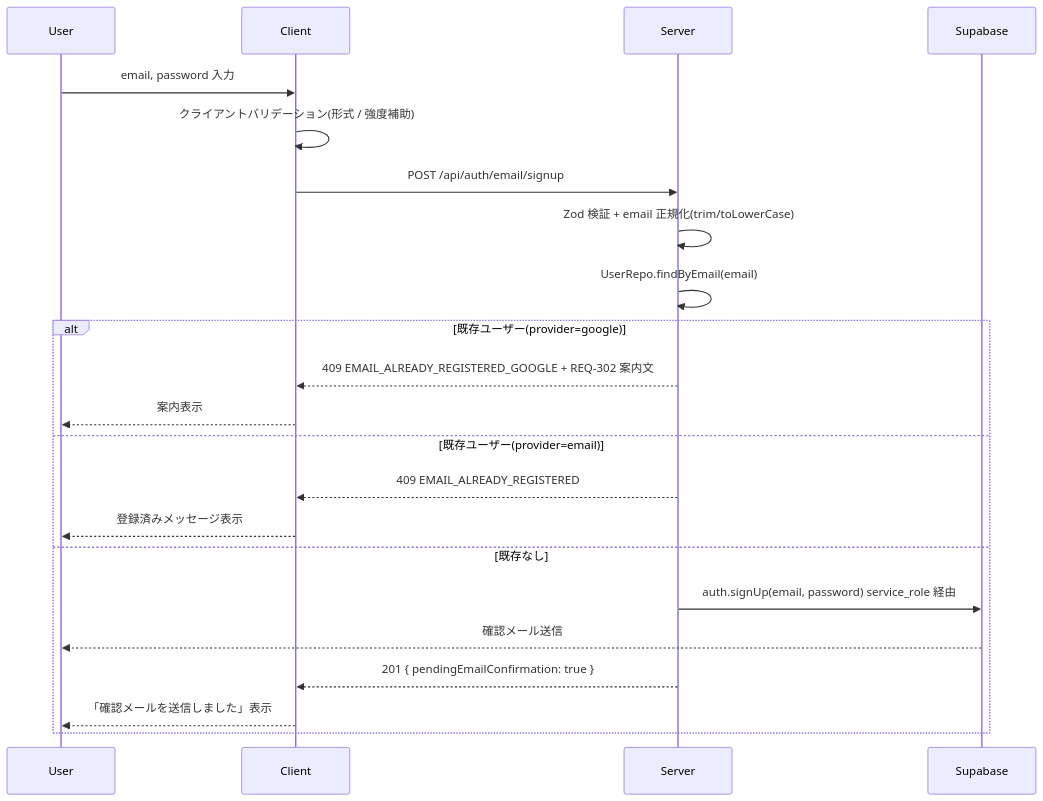
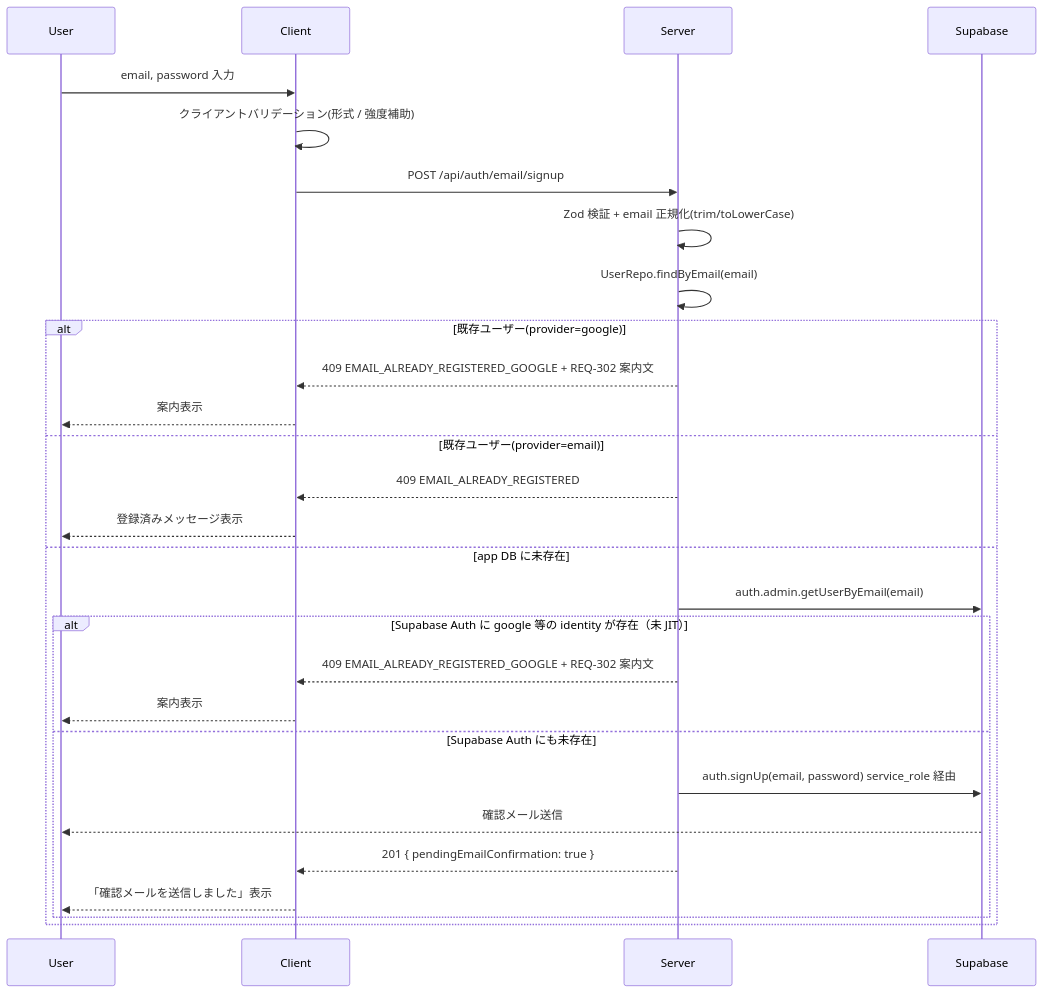
The second of 4 diagrams in tasks/HOXBL-94/technical/design.md (rimanem18/hoxt-backlog), drawn with Mermaid before and after one commit. The commit also changed other lines of this file and 2 other files, not shown here.

Commit message:
docs: identity linking ON 採用の判断を設計・計画に反映 HOXBL-94
- signup API の衝突チェックを app DB + Supabase Admin getUserByEmail の二段階構成に更新
- DCQ-02 を解消済みとして記録（設計・overview・phase2 の 3 箇所）
- phase2 の依存関係ブロッカー表記を解消済みに修正

````diff
--- a/tasks/HOXBL-94/technical/design.md
+++ b/tasks/HOXBL-94/technical/design.md
@@ -84,24 +85,30 @@
 ```mermaid
 sequenceDiagram
     participant U as User
     participant CL as Client
     participant SV as Server
     participant SB as Supabase
     U->>CL: email, password 入力
     CL->>CL: クライアントバリデーション(形式 / 強度補助)
     CL->>SV: POST /api/auth/email/signup
     SV->>SV: Zod 検証 + email 正規化(trim/toLowerCase)
     SV->>SV: UserRepo.findByEmail(email)
     alt 既存ユーザー(provider=google)
         SV-->>CL: 409 EMAIL_ALREADY_REGISTERED_GOOGLE + REQ-302 案内文
         CL-->>U: 案内表示
     else 既存ユーザー(provider=email)
         SV-->>CL: 409 EMAIL_ALREADY_REGISTERED
         CL-->>U: 登録済みメッセージ表示
-    else 既存なし
-        SV->>SB: auth.signUp(email, password)  service_role 経由
-        SB-->>U: 確認メール送信
-        SV-->>CL: 201 { pendingEmailConfirmation: true }
-        CL-->>U: 「確認メールを送信しました」表示
+    else app DB に未存在
+        SV->>SB: auth.admin.getUserByEmail(email)
+        alt Supabase Auth に google 等の identity が存在（未 JIT）
+            SV-->>CL: 409 EMAIL_ALREADY_REGISTERED_GOOGLE + REQ-302 案内文
+            CL-->>U: 案内表示
+        else Supabase Auth にも未存在
+            SV->>SB: auth.signUp(email, password)  service_role 経由
+            SB-->>U: 確認メール送信
+            SV-->>CL: 201 { pendingEmailConfirmation: true }
+            CL-->>U: 「確認メールを送信しました」表示
+        end
     end
 ```
````
